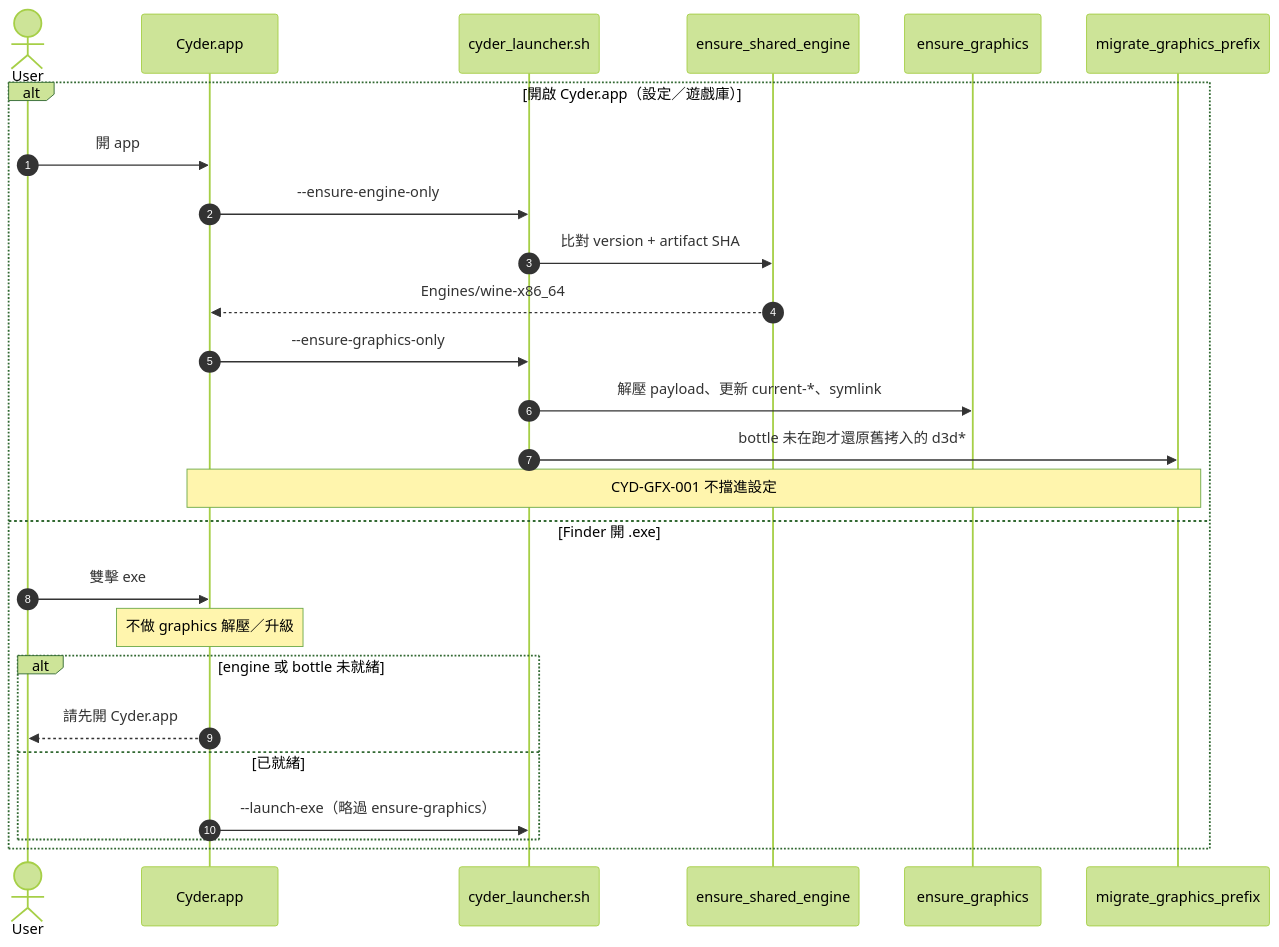
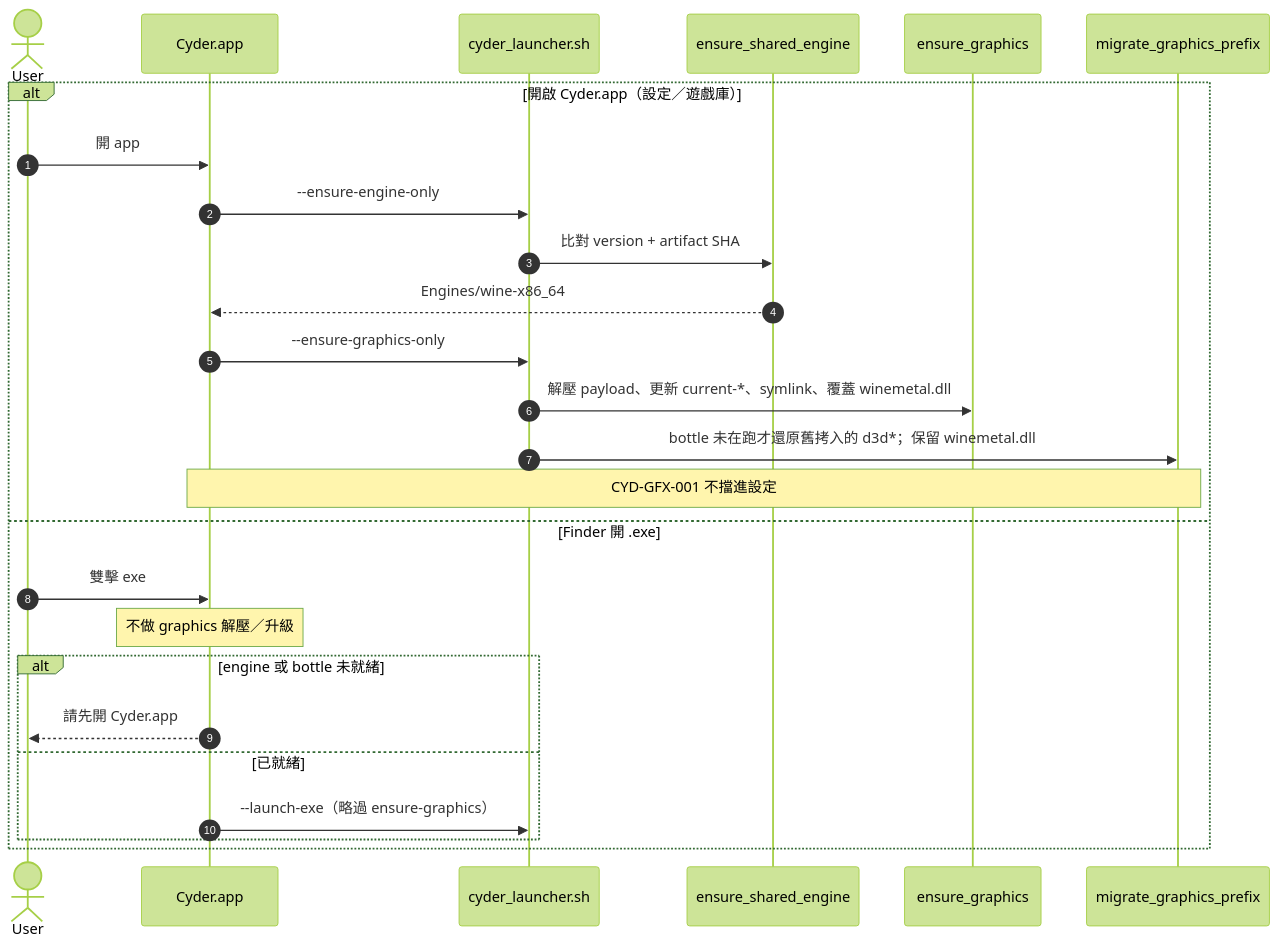
One commit to dspp779/CyderBits changed the third of 5 diagrams in docs/cyder-graphics-runtime-pipeline.zh-TW.md. Above: the diagram before and after it, drawn with Mermaid (forest theme). The commit also changed other lines of this file and 10 other files, not shown here.

````diff
--- a/docs/cyder-graphics-runtime-pipeline.zh-TW.md
+++ b/docs/cyder-graphics-runtime-pipeline.zh-TW.md
@@ -160,29 +168,29 @@
 ```mermaid
 sequenceDiagram
   autonumber
   actor User
   participant App as Cyder.app
   participant L as cyder_launcher.sh
   participant E as ensure_shared_engine
   participant G as ensure_graphics
   participant M as migrate_graphics_prefix
 
   alt 開啟 Cyder.app（設定／遊戲庫）
     User->>App: 開 app
     App->>L: --ensure-engine-only
     L->>E: 比對 version + artifact SHA
     E-->>App: Engines/wine-x86_64
     App->>L: --ensure-graphics-only
-    L->>G: 解壓 payload、更新 current-*、symlink
-    L->>M: bottle 未在跑才還原舊拷入的 d3d*
+    L->>G: 解壓 payload、更新 current-*、symlink、覆蓋 winemetal.dll
+    L->>M: bottle 未在跑才還原舊拷入的 d3d*；保留 winemetal.dll
     Note over App,M: CYD-GFX-001 不擋進設定
   else Finder 開 .exe
     User->>App: 雙擊 exe
     Note over App: 不做 graphics 解壓／升級
     alt engine 或 bottle 未就緒
       App-->>User: 請先開 Cyder.app
     else 已就緒
       App->>L: --launch-exe（略過 ensure-graphics）
     end
   end
 ```
````
